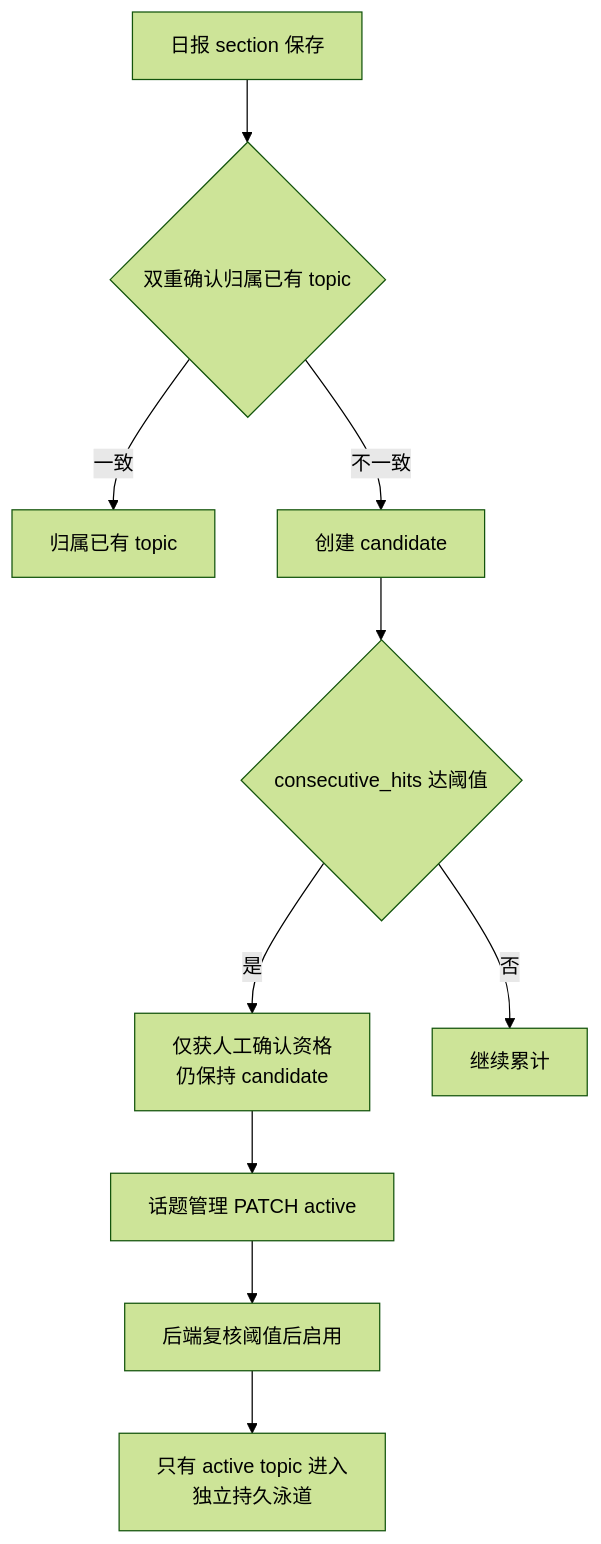
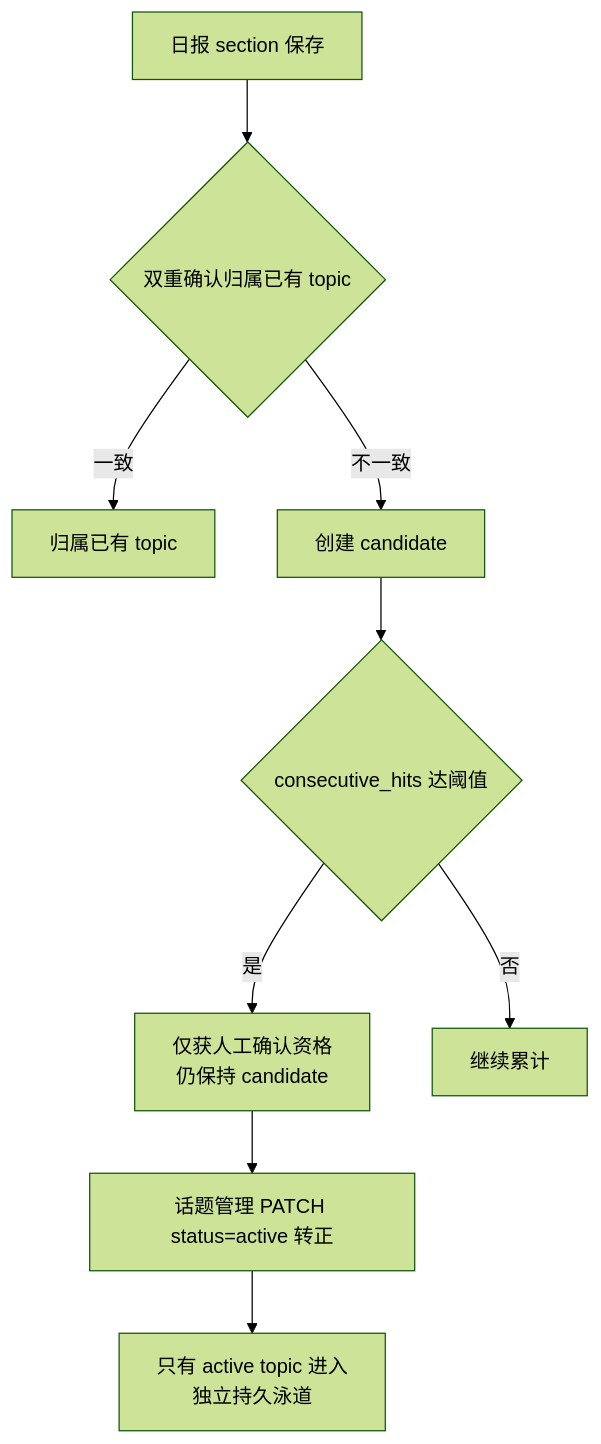
Before and after one commit to ZanebonoAlter/my-robot: the diagram in docs/reference/flow/topic-graph.md, drawn with Mermaid (forest theme). The commit also changed other lines of this file and 50 other files, not shown here.

````diff
--- a/docs/reference/flow/topic-graph.md
+++ b/docs/reference/flow/topic-graph.md
@@ -20,12 +20,11 @@
 ```mermaid
 flowchart TD
   SAVE[日报 section 保存] --> CONFIRM{双重确认归属已有 topic}
   CONFIRM -->|一致| BELONG[归属已有 topic]
   CONFIRM -->|不一致| CAND[创建 candidate]
   CAND --> THRESH{consecutive_hits 达阈值}
   THRESH -->|是| QUALIFY[仅获人工确认资格<br/>仍保持 candidate]
   THRESH -->|否| WAIT[继续累计]
-  QUALIFY --> PATCH[话题管理 PATCH active]
-  PATCH --> REVIEW[后端复核阈值后启用]
-  REVIEW --> ACTIVE[只有 active topic 进入<br/>独立持久泳道]
+  QUALIFY --> PATCH[话题管理 PATCH status=active 转正]
+  PATCH --> ACTIVE[只有 active topic 进入<br/>独立持久泳道]
 ```
````
